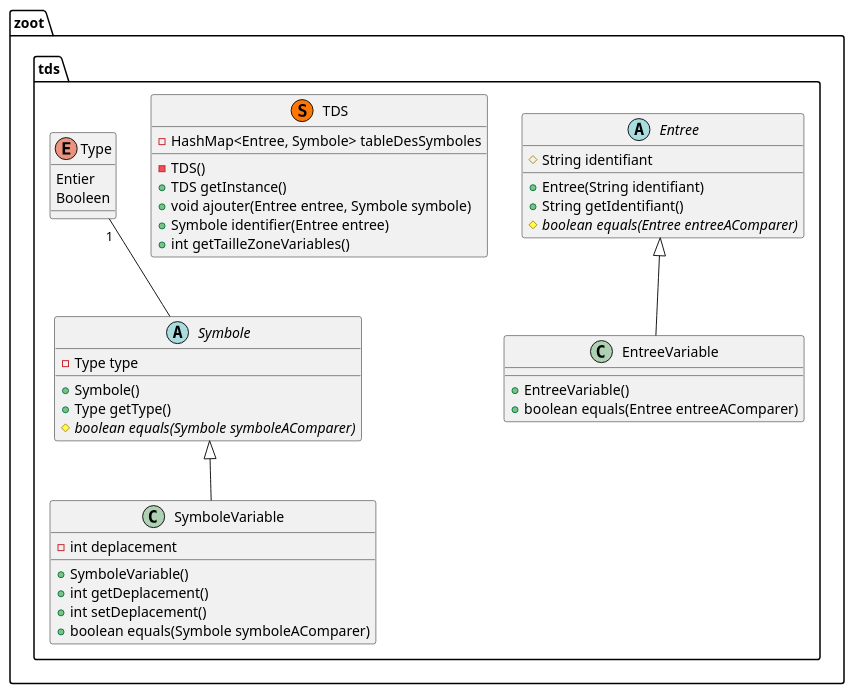
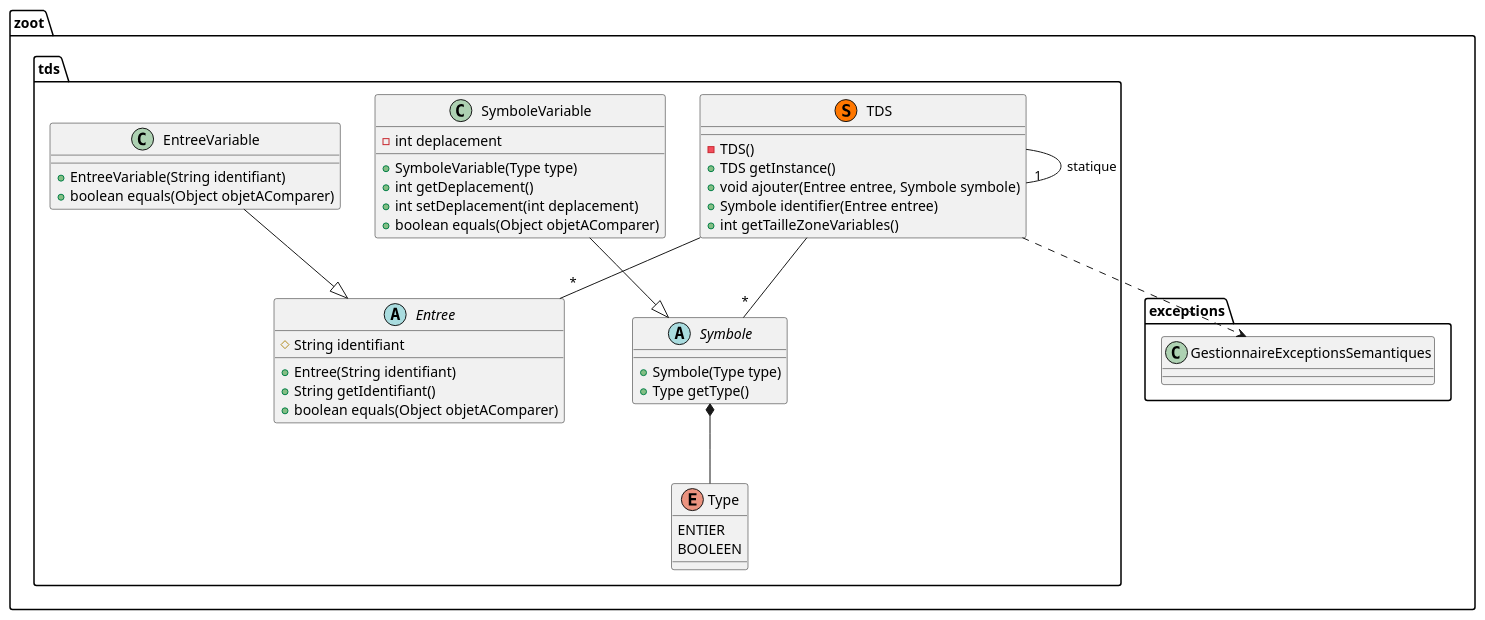
The diagram in diagrammes/classe/tds.puml (lmtb06/zoot), drawn with PlantUML before and after one commit. The commit also changed 7 other files, not shown here.

Commit message:
Mise à jour des différents diagrammes: + Diagramme d'activité + Diagrammes de classes :   + Ajout de quelques classes   + Corrections mineures

```diff
--- a/diagrammes/classe/tds.puml
+++ b/diagrammes/classe/tds.puml
@@ -1,53 +1,55 @@
 @startuml "tds"
 
 namespace zoot.tds {
-    ' Includes
-    ' Classes
+  ' Includes
 
-    class TDS << (S,#FF7700) >> {
-      - HashMap<Entree, Symbole> tableDesSymboles
-      - TDS()
-      + TDS getInstance()
-      + void ajouter(Entree entree, Symbole symbole)
-      + Symbole identifier(Entree entree)
-      + int getTailleZoneVariables()
-    }
+  ' Classes
+  class TDS << (S,#FF7700) >> {
+    - TDS()
+    + TDS getInstance()
+    + void ajouter(Entree entree, Symbole symbole)
+    + Symbole identifier(Entree entree)
+    + int getTailleZoneVariables()
+  }
 
-    abstract class Entree {
-      # String identifiant
-      + Entree(String identifiant)
-      + String getIdentifiant()
-      # {abstract} boolean equals(Entree entreeAComparer)
-    }
+  abstract class Entree {
+    # String identifiant
+    + Entree(String identifiant)
+    + String getIdentifiant()
+    + boolean equals(Object objetAComparer)
+  }
 
-    class EntreeVariable {
-      + EntreeVariable()
-      + boolean equals(Entree entreeAComparer)
-    }
+  class EntreeVariable {
+    + EntreeVariable(String identifiant)
+    + boolean equals(Object objetAComparer)
+  }
 
-    abstract class Symbole {
-      - Type type
-      + Symbole()
-      + Type getType()
-      # {abstract} boolean equals(Symbole symboleAComparer)
-    }
+  abstract class Symbole {
+    + Symbole(Type type)
+    + Type getType()
+  }
 
-    class SymboleVariable {
-      - int deplacement
-      + SymboleVariable()
-      + int getDeplacement()
-      + int setDeplacement()
-      + boolean equals(Symbole symboleAComparer)
-    }
+  class SymboleVariable {
+    - int deplacement
+    + SymboleVariable(Type type)
+    + int getDeplacement()
+    + int setDeplacement(int deplacement)
+    + boolean equals(Object objetAComparer)
+  }
 
-    enum Type {
-      Entier
-      Booleen
-    }
+  enum Type {
+    ENTIER
+    BOOLEEN
+  }
 
-    EntreeVariable -up-|> Entree
-    SymboleVariable -up-|> Symbole
-    Type "1"-- Symbole
+  ' Relations entre les classes
+  EntreeVariable --|> Entree
+  SymboleVariable --|> Symbole
+  Symbole *-- Type
+  TDS --"1" TDS : statique
+  TDS --"*" Entree
+  TDS --"*" Symbole
+  TDS ..> zoot.exceptions.GestionnaireExceptionsSemantiques
 }
 
 @enduml
```
